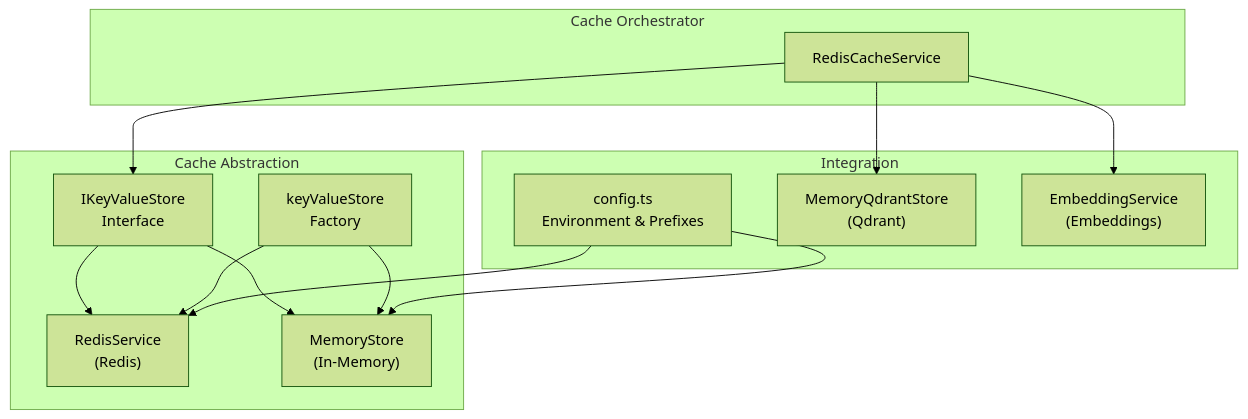
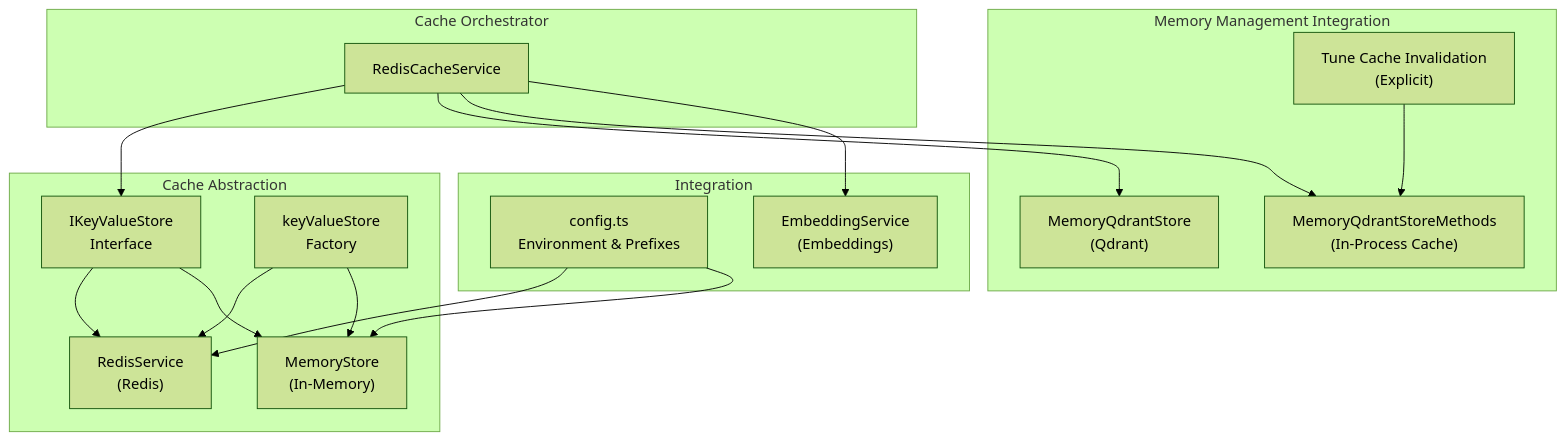
One commit to debian777/kairos-mcp changed the first of 11 diagrams in .qoder/repowiki/en/content/Core Services/Cache Layer.md. Above: the diagram before and after it, drawn with Mermaid (forest theme). The commit also changed other lines of this file and 16 other files, not shown here.

````diff
--- a/.qoder/repowiki/en/content/Core Services/Cache Layer.md
+++ b/.qoder/repowiki/en/content/Core Services/Cache Layer.md
@@ -38,26 +50,32 @@
 ```mermaid
 graph TB
 subgraph "Cache Abstraction"
 IF["IKeyValueStore<br/>Interface"]
 RS["RedisService<br/>(Redis)"]
 MS["MemoryStore<br/>(In-Memory)"]
 F["keyValueStore<br/>Factory"]
 end
 subgraph "Cache Orchestrator"
 RCS["RedisCacheService"]
 end
+subgraph "Memory Management Integration"
+MQS["MemoryQdrantStore<br/>(Qdrant)"]
+MQSM["MemoryQdrantStoreMethods<br/>(In-Process Cache)"]
+TINV["Tune Cache Invalidation<br/>(Explicit)"]
+end
 subgraph "Integration"
 CFG["config.ts<br/>Environment & Prefixes"]
-MEM["MemoryQdrantStore<br/>(Qdrant)"]
 EMB["EmbeddingService<br/>(Embeddings)"]
 end
 IF --> RS
 IF --> MS
 F --> RS
 F --> MS
 RCS --> IF
+RCS --> MQS
+RCS --> MQSM
+TINV --> MQSM
 CFG --> RS
 CFG --> MS
-RCS --> MEM
 RCS --> EMB
 ```
````
